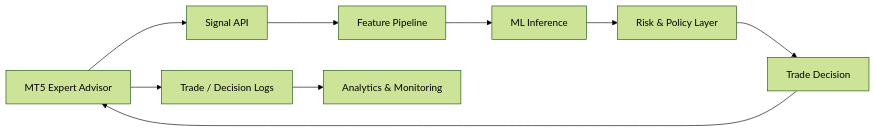
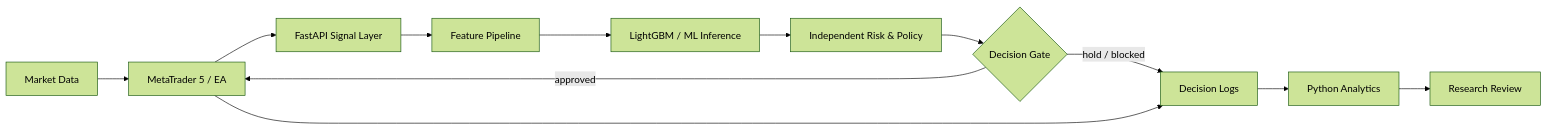
Before and after one commit to AshwinThakoor/nexora-trading-engine: the first of 6 diagrams in README.md, drawn with Mermaid (forest theme). The commit also changed other lines of this file, not shown here.

````diff
--- a/README.md
+++ b/README.md
@@ -29,11 +37,14 @@
 ```mermaid
 flowchart LR
-    A[MT5 Expert Advisor] --> B[Signal API]
-    B --> C[Feature Pipeline]
-    C --> D[ML Inference]
-    D --> E[Risk & Policy Layer]
-    E --> F[Trade Decision]
-    F --> A
-    A --> G[Trade / Decision Logs]
-    G --> H[Analytics & Monitoring]
+    MARKET[Market Data] --> MT5[MetaTrader 5 / EA]
+    MT5 --> API[FastAPI Signal Layer]
+    API --> FEATURES[Feature Pipeline]
+    FEATURES --> ML[LightGBM / ML Inference]
+    ML --> RISK[Independent Risk & Policy]
+    RISK --> DECISION{Decision Gate}
+    DECISION -->|approved| MT5
+    DECISION -->|hold / blocked| LOGS[Decision Logs]
+    MT5 --> LOGS
+    LOGS --> ANALYTICS[Python Analytics]
+    ANALYTICS --> REVIEW[Research Review]
 ```
````
